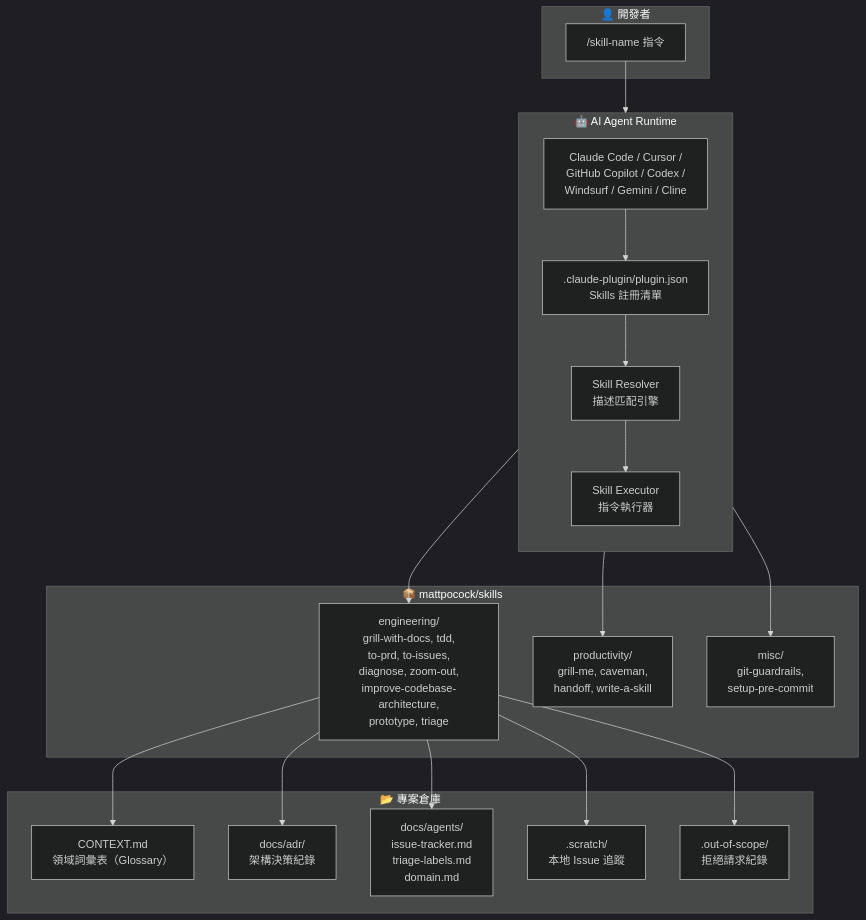
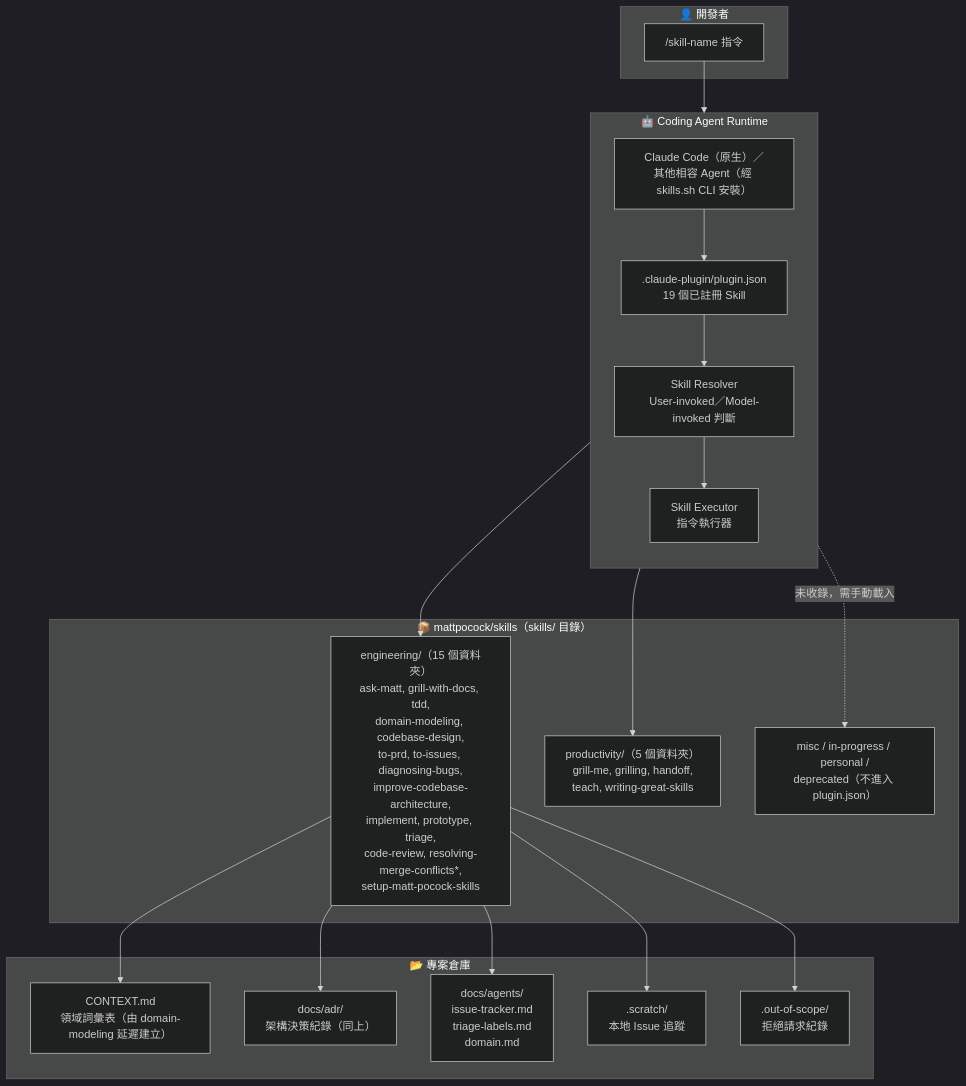
Before and after one commit to chihhung/Blog: the first of 15 diagrams in content/posts/教學/AI開發/mattpocock skills 教學手冊.md, drawn with Mermaid (dark theme). The commit also changed other lines of this file and 3 other files, not shown here.

````diff
--- a/content/posts/教學/AI開發/mattpocock skills 教學手冊.md
+++ b/content/posts/教學/AI開發/mattpocock skills 教學手冊.md
@@ -250,41 +251,41 @@
 ```mermaid
 graph TB
     subgraph Developer["👤 開發者"]
         CMD["/skill-name 指令"]
     end
-    
-    subgraph AgentRuntime["🤖 AI Agent Runtime"]
+
+    subgraph AgentRuntime["🤖 Coding Agent Runtime"]
         direction TB
-        AGENTS["Claude Code / Cursor /<br/>GitHub Copilot / Codex /<br/>Windsurf / Gemini / Cline"]
-        PLUGIN[".claude-plugin/plugin.json<br/>Skills 註冊清單"]
-        RESOLVER["Skill Resolver<br/>描述匹配引擎"]
+        AGENTS["Claude Code（原生）／<br/>其他相容 Agent（經 skills.sh CLI 安裝）"]
+        PLUGIN[".claude-plugin/plugin.json<br/>19 個已註冊 Skill"]
+        RESOLVER["Skill Resolver<br/>User-invoked／Model-invoked 判斷"]
         EXECUTOR["Skill Executor<br/>指令執行器"]
     end
-    
-    subgraph SkillsRepo["📦 mattpocock/skills"]
-        ENG["engineering/<br/>grill-with-docs, tdd,<br/>to-prd, to-issues,<br/>diagnose, zoom-out,<br/>improve-codebase-architecture,<br/>prototype, triage"]
-        PROD["productivity/<br/>grill-me, caveman,<br/>handoff, write-a-skill"]
-        MISC["misc/<br/>git-guardrails,<br/>setup-pre-commit"]
+
+    subgraph SkillsRepo["📦 mattpocock/skills（skills/ 目錄）"]
+        ENG["engineering/（15 個資料夾）<br/>ask-matt, grill-with-docs, tdd,<br/>domain-modeling, codebase-design,<br/>to-prd, to-issues, diagnosing-bugs,<br/>improve-codebase-architecture,<br/>implement, prototype, triage,<br/>code-review, resolving-merge-conflicts*,<br/>setup-matt-pocock-skills"]
+        PROD["productivity/（5 個資料夾）<br/>grill-me, grilling, handoff,<br/>teach, writing-great-skills"]
+        OTHER["misc / in-progress / personal /<br/>deprecated（不進入 plugin.json）"]
     end
-    
+
     subgraph RepoContext["📂 專案倉庫"]
-        CONTEXT["CONTEXT.md<br/>領域詞彙表（Glossary）"]
-        ADR["docs/adr/<br/>架構決策紀錄"]
+        CONTEXT["CONTEXT.md<br/>領域詞彙表（由 domain-modeling 延遲建立）"]
+        ADR["docs/adr/<br/>架構決策紀錄（同上）"]
         AGENTDOCS["docs/agents/<br/>issue-tracker.md<br/>triage-labels.md<br/>domain.md"]
         SCRATCH[".scratch/<br/>本地 Issue 追蹤"]
         OUTSCOPE[".out-of-scope/<br/>拒絕請求紀錄"]
     end
-    
+
     CMD --> RESOLVER
     AGENTS --> PLUGIN
     PLUGIN --> RESOLVER
     RESOLVER --> EXECUTOR
     EXECUTOR --> ENG
     EXECUTOR --> PROD
-    EXECUTOR --> MISC
+    EXECUTOR -.未收錄，需手動載入.-> OTHER
     ENG --> CONTEXT
     ENG --> ADR
     ENG --> AGENTDOCS
     ENG --> SCRATCH
     ENG --> OUTSCOPE
 ```
````
